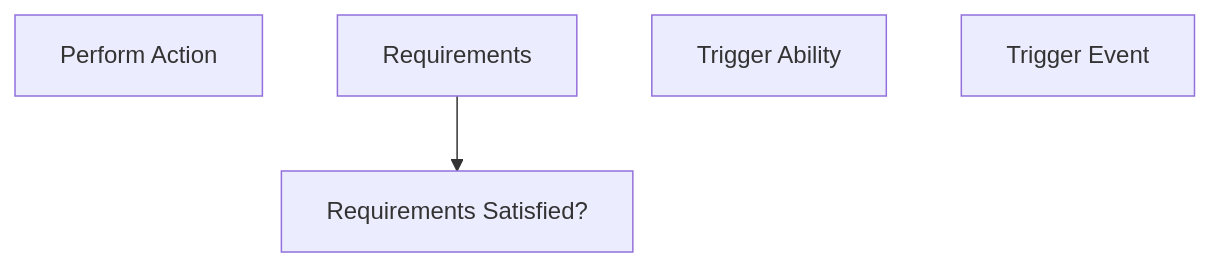
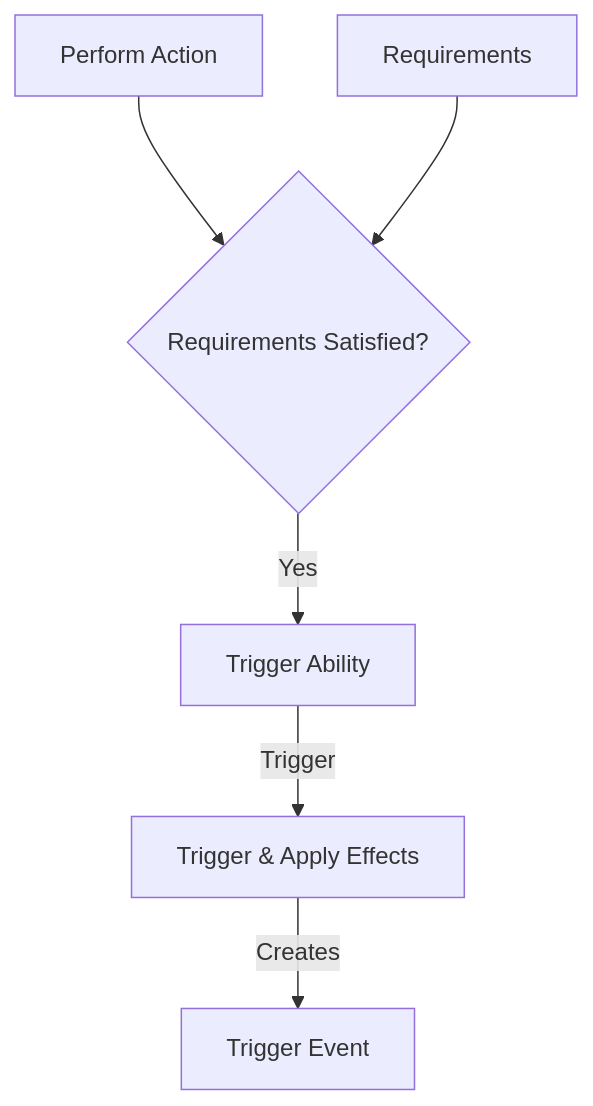
Before and after one commit to AdrianElinow/CampaignGenerator: the diagram in NGINwiki/SimulaeNode/Structure/Abilities.md, drawn with Mermaid. The commit also changed other lines of this file and 6 other files, not shown here.

````diff
--- a/NGINwiki/SimulaeNode/Structure/Abilities.md
+++ b/NGINwiki/SimulaeNode/Structure/Abilities.md
@@ -6,13 +26,17 @@
 ```mermaid
 
 flowchart TB
 	perfAction["Perform Action"]
-	satCheck["Requirements Satisfied?"]
+	satCheck{"Requirements Satisfied?"}
 	reqs["Requirements"]
 	
 	tAbility["Trigger Ability"]
+	tEffect["Trigger & Apply Effects"]
 	tEvent["Trigger Event"]
 	
+	perfAction --> satCheck
 	reqs --> satCheck
-
+	satCheck -- "Yes" --> tAbility
+	tAbility -- "Trigger" --> tEffect
+	tEffect -- "Creates" --> tEvent
 ```
````
